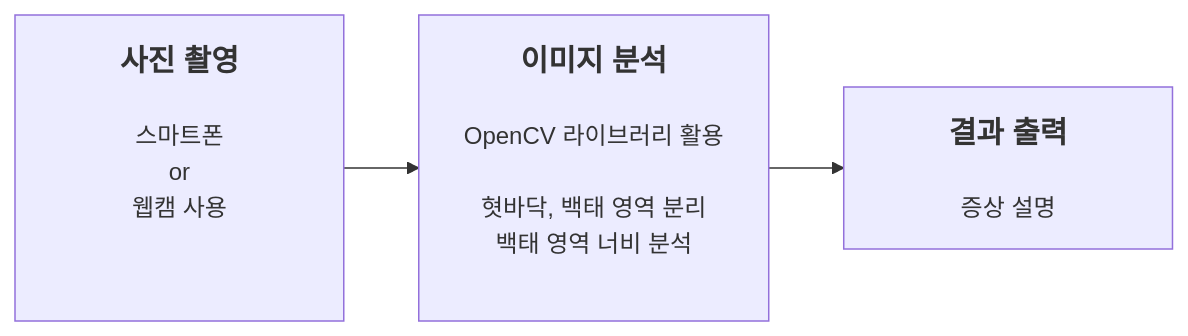
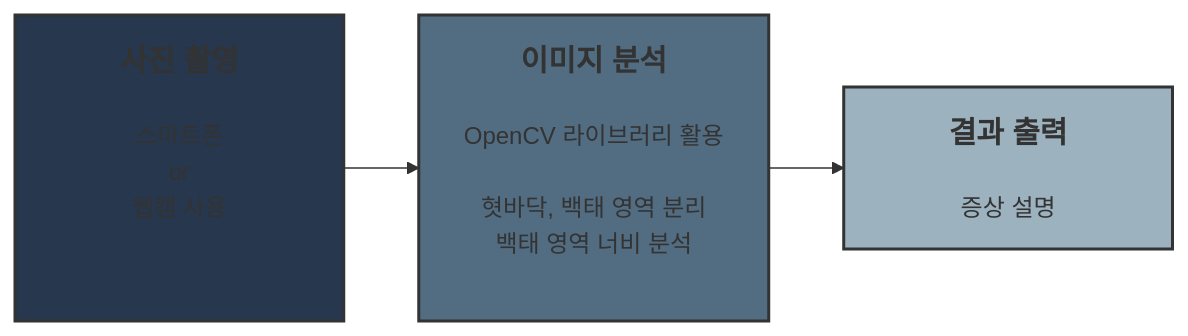
One commit to 201710808/-p changed the diagram in Readme.md. Above: the diagram before and after it, drawn with Mermaid.

````diff
--- a/Readme.md
+++ b/Readme.md
@@ -3,5 +3,9 @@
 ```mermaid
 graph LR
 A[<b><span style='font-size:20px'>  사진 촬영  </span></b><br><br>스마트폰\nor\n웹캠 사용<br><br><br>]-->B[<b><span style='font-size:20px'>이미지 분석</span></b><br><br>OpenCV 라이브러리 활용<br><br>혓바닥, 백태 영역 분리<br>백태 영역 너비 분석<br><br>]
 B-->C[<b><span style='font-size:20px'>  결과 출력  </span></b><br><br>증상 설명]
+
+style A fill:#27374D,stroke:#333,stroke-width:2px
+style B fill:#526D82,stroke:#333,stroke-width:2px
+style C fill:#9DB2BF,stroke:#333,stroke-width:2px
 ```
````
